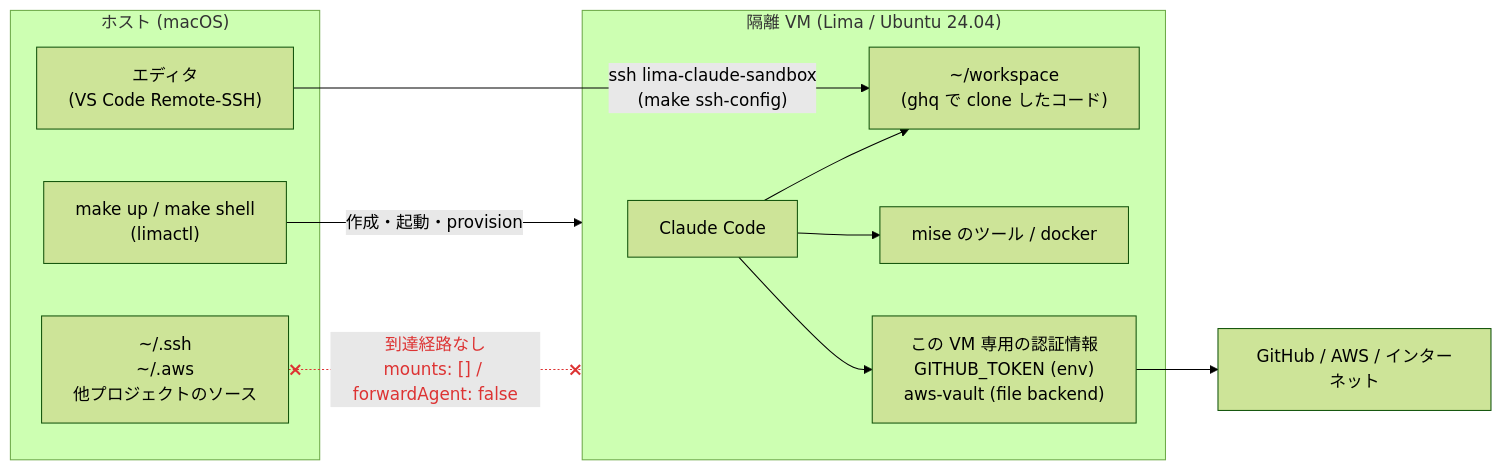
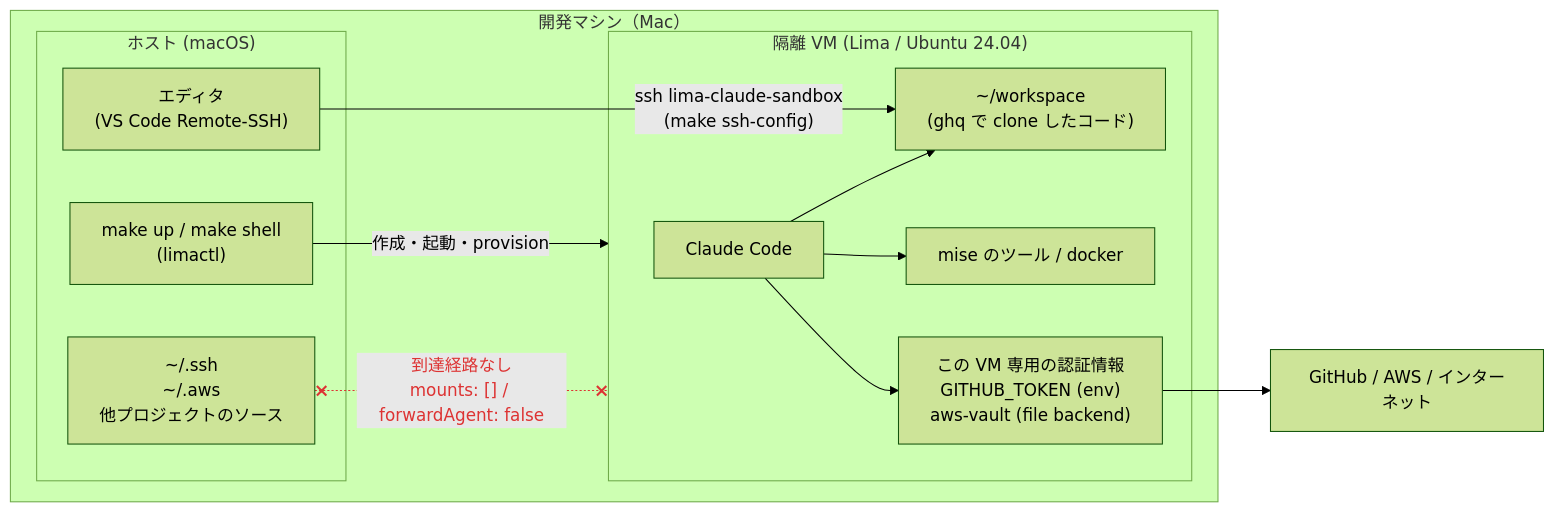
Before and after one commit to ktngch/claude-sandbox: the diagram in README.md, drawn with Mermaid (forest theme).

Commit message:
docs: README の構成図にホストと VM を包む外枠を足す
ホストと隔離 VM が 1 台の Mac の上に載っていることが図から読めるように、
両方の subgraph を「開発マシン（Mac）」で包む。ノードもエッジも増えないので
linkStyle のインデックスは据え置き。

````diff
--- a/README.md
+++ b/README.md
@@ -7,27 +7,29 @@
 ```mermaid
 flowchart LR
-  subgraph host["ホスト (macOS)"]
-    make["make up / make shell<br/>(limactl)"]
-    editor["エディタ<br/>(VS Code Remote-SSH)"]
-    hostsecrets["~/.ssh<br/>~/.aws<br/>他プロジェクトのソース"]
-  end
+  subgraph machine["開発マシン（Mac）"]
+    subgraph host["ホスト (macOS)"]
+      make["make up / make shell<br/>(limactl)"]
+      editor["エディタ<br/>(VS Code Remote-SSH)"]
+      hostsecrets["~/.ssh<br/>~/.aws<br/>他プロジェクトのソース"]
+    end
 
-  subgraph vm["隔離 VM (Lima / Ubuntu 24.04)"]
-    claude["Claude Code"]
-    ws["~/workspace<br/>(ghq で clone したコード)"]
-    tools["mise のツール / docker"]
-    creds["この VM 専用の認証情報<br/>GITHUB_TOKEN (env)<br/>aws-vault (file backend)"]
+    subgraph vm["隔離 VM (Lima / Ubuntu 24.04)"]
+      claude["Claude Code"]
+      ws["~/workspace<br/>(ghq で clone したコード)"]
+      tools["mise のツール / docker"]
+      creds["この VM 専用の認証情報<br/>GITHUB_TOKEN (env)<br/>aws-vault (file backend)"]
+    end
   end
 
   net["GitHub / AWS / インターネット"]
 
   make -->|作成・起動・provision| vm
   editor -->|"ssh lima-claude-sandbox<br/>(make ssh-config)"| ws
   claude --> ws
   claude --> tools
   claude --> creds
   creds --> net
   hostsecrets x-. 到達経路なし<br/>mounts: [] / forwardAgent: false .-x vm
 
   linkStyle 6 stroke:#d33,color:#d33
 ```
````
